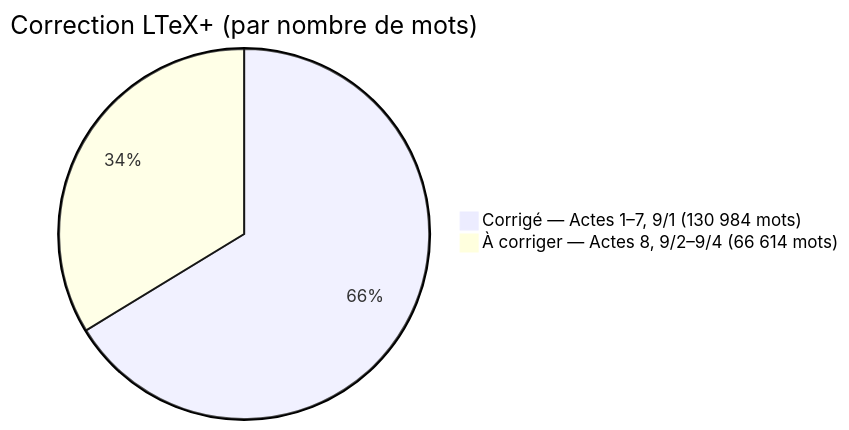
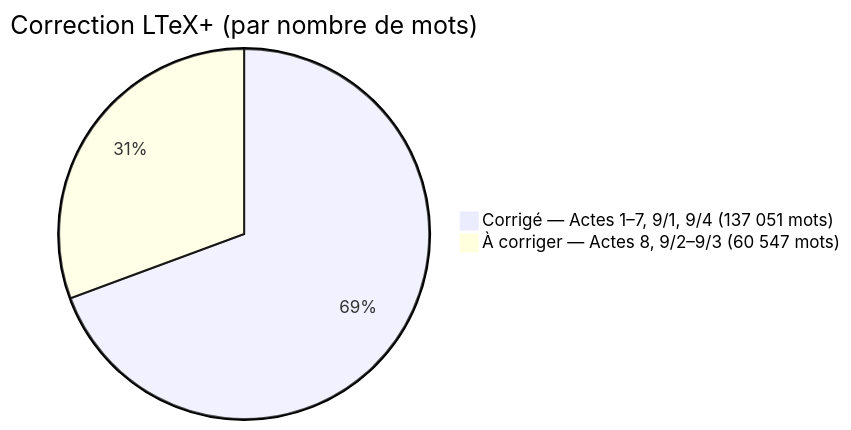
One commit to eric-mugnier/tete-de-veau-ravigote changed the diagram in actes/word_count.md. Above: the diagram before and after it, drawn with Mermaid. The commit also changed other lines of this file, not shown here.

Commit message:
word_count.md : acte_09_4 corrigé + màj mermaid

````diff
--- a/actes/word_count.md
+++ b/actes/word_count.md
@@ -26,5 +26,5 @@
 ```mermaid
 pie title Correction LTeX+ (par nombre de mots)
-    "Corrigé — Actes 1–7, 9/1 (130 984 mots)" : 130984
-    "À corriger — Actes 8, 9/2–9/4 (66 614 mots)" : 66614
+    "Corrigé — Actes 1–7, 9/1, 9/4 (137 051 mots)" : 137051
+    "À corriger — Actes 8, 9/2–9/3 (60 547 mots)" : 60547
 ```
````
